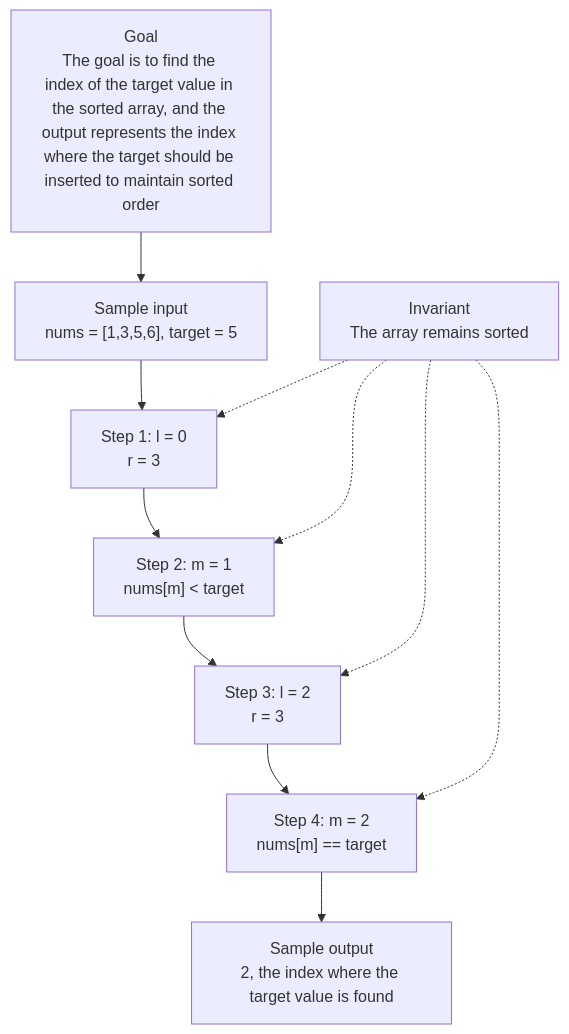
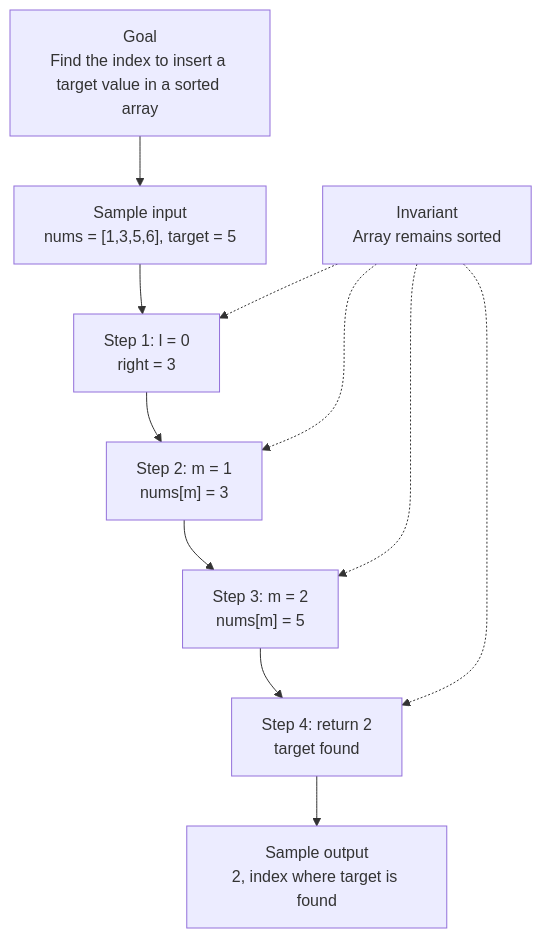
One commit to daanniill/leetcode_sols changed the diagram in 0000-search-insert-position/README.md. Above: the diagram before and after it, drawn with Mermaid. The commit also changed other lines of this file and 2 other files, not shown here.

Commit message:
solve: 0. Search Insert Position (Easy)

````diff
--- a/0000-search-insert-position/README.md
+++ b/0000-search-insert-position/README.md
@@ -19,16 +19,16 @@
 ```mermaid
 flowchart TD
-  n0["Goal<br/>The goal is to find the index of the target value in the sorted array, and the output represents the index where the target should be inserted to maintain sorted order"]
+  n0["Goal<br/>Find the index to insert a target value in a sorted array"]
   n1["Sample input<br/>nums = [1,3,5,6], target = 5"]
-  n2["Step 1: l = 0<br/>r = 3"]
-  n3["Step 2: m = 1<br/>nums[m] &lt; target"]
-  n4["Step 3: l = 2<br/>r = 3"]
-  n5["Step 4: m = 2<br/>nums[m] == target"]
-  n6["Sample output<br/>2, the index where the target value is found"]
-  inv["Invariant<br/>The array remains sorted"]
+  n2["Step 1: l = 0<br/>right = 3"]
+  n3["Step 2: m = 1<br/>nums[m] = 3"]
+  n4["Step 3: m = 2<br/>nums[m] = 5"]
+  n5["Step 4: return 2<br/>target found"]
+  n6["Sample output<br/>2, index where target is found"]
+  inv["Invariant<br/>Array remains sorted"]
   n0 --> n1 --> n2 --> n3 --> n4 --> n5 --> n6
   inv -.-> n2
   inv -.-> n3
   inv -.-> n4
   inv -.-> n5
 ```
````
